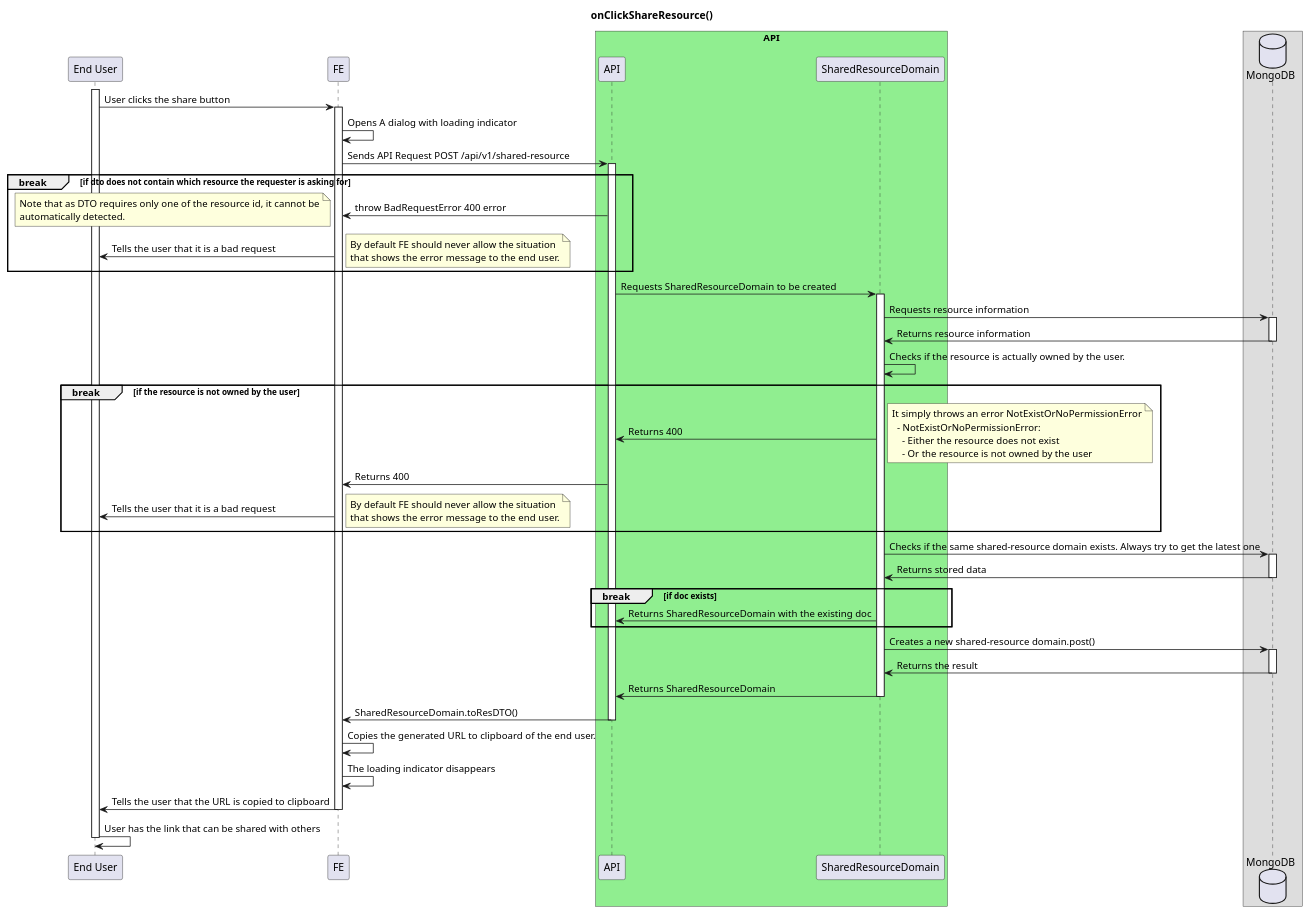
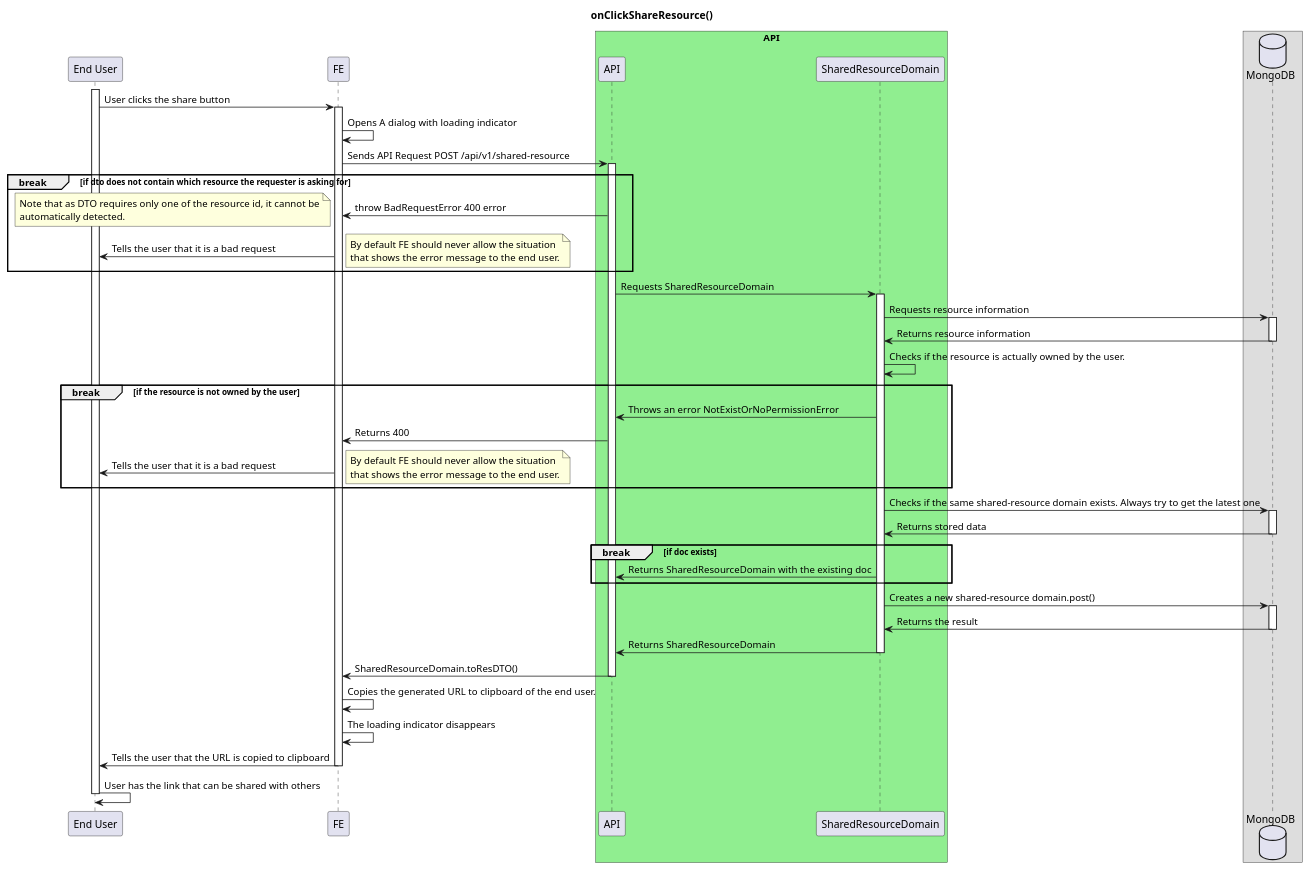
The first of 2 diagrams in dev/diagrams/on-click-share-resource.md (ajktown/docs), drawn with PlantUML before and after one commit. The commit also changed other lines of this file, not shown here.

````diff
--- a/dev/diagrams/on-click-share-resource.md
+++ b/dev/diagrams/on-click-share-resource.md
@@ -20,78 +28,72 @@
 ```plantuml
 
 @startuml
 
 title onClickShareResource()
 
 participant "End User" as user
 participant "FE" as fe
 box "API" #Lightgreen
   participant "API" as api
   participant "SharedResourceDomain" as domain
 box
 database "MongoDB" as db
 
 activate user
   user -> fe: User clicks the share button
   activate fe
     fe -> fe: Opens A dialog with loading indicator
     fe -> api: Sends API Request POST /api/v1/shared-resource
     activate api
       break if dto does not contain which resource the requester is asking for
         fe <- api: throw BadRequestError 400 error
         note left
           Note that as DTO requires only one of the resource id, it cannot be
           automatically detected.
         end note
         user <- fe: Tells the user that it is a bad request
         note right
           By default FE should never allow the situation
           that shows the error message to the end user.
         end note
       end break
-      api -> domain: Requests SharedResourceDomain to be created
+      api -> domain: Requests SharedResourceDomain
       activate domain
         domain -> db: Requests resource information
         activate db
           domain <- db: Returns resource information
         deactivate db
         domain -> domain: Checks if the resource is actually owned by the user.
         break if the resource is not owned by the user
-          api <- domain: Returns 400
-          note right
-            It simply throws an error NotExistOrNoPermissionError
-              - NotExistOrNoPermissionError:
-                - Either the resource does not exist
-                - Or the resource is not owned by the user
-          end note
+          api <- domain: Throws an error NotExistOrNoPermissionError
           fe <- api: Returns 400
           user <- fe: Tells the user that it is a bad request
           note right
             By default FE should never allow the situation
             that shows the error message to the end user.
           end note
         end break
         domain -> db: Checks if the same shared-resource domain exists. Always try to get the latest one
         activate db
           domain <- db: Returns stored data
         deactivate db
         break if doc exists
           api <- domain: Returns SharedResourceDomain with the existing doc
         end break
         domain -> db: Creates a new shared-resource domain.post()
         activate db
           domain <- db: Returns the result
         deactivate db
         api <- domain: Returns SharedResourceDomain
       deactivate domain
       fe <- api: SharedResourceDomain.toResDTO()
     deactivate api
   fe -> fe: Copies the generated URL to clipboard of the end user.
   fe -> fe: The loading indicator disappears
   user <- fe: Tells the user that the URL is copied to clipboard
   deactivate fe
   user -> user: User has the link that can be shared with others
 deactivate user
 
 
 ```
````
